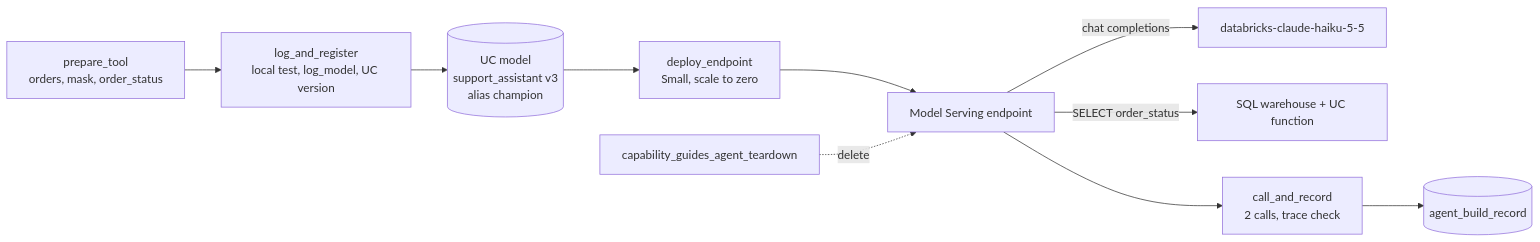
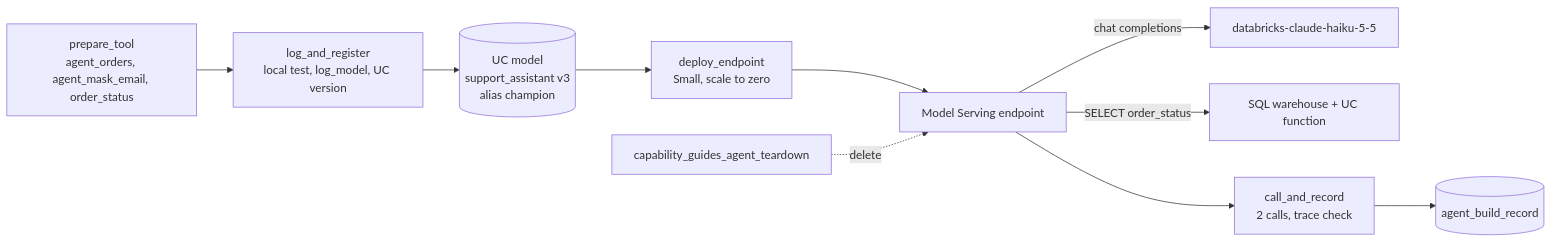
Before and after one commit to pengbricks/pengbricks-app-capabilities-walkthrough: the diagram in reference/agents/guides/agent-build-deployment.md, drawn with Mermaid. The commit also changed other lines of this file and 207 other files, not shown here.

First line of the commit message:
Move every reference bundle to one shared schema

````diff
--- a/reference/agents/guides/agent-build-deployment.md
+++ b/reference/agents/guides/agent-build-deployment.md
@@ -23,12 +23,12 @@
 ```mermaid
 flowchart LR
-  P[prepare_tool<br/>orders, mask, order_status] --> L[log_and_register<br/>local test, log_model, UC version]
+  P[prepare_tool<br/>agent_orders, agent_mask_email, order_status] --> L[log_and_register<br/>local test, log_model, UC version]
   L --> R[(UC model<br/>support_assistant v3<br/>alias champion)]
   R --> D[deploy_endpoint<br/>Small, scale to zero]
   D --> E[Model Serving endpoint]
   E -->|chat completions| LLM[databricks-claude-haiku-5-5]
   E -->|SELECT order_status| W[SQL warehouse + UC function]
   E --> C[call_and_record<br/>2 calls, trace check]
   C --> B[(agent_build_record)]
   T[capability_guides_agent_teardown] -.->|delete| E
 ```
````
